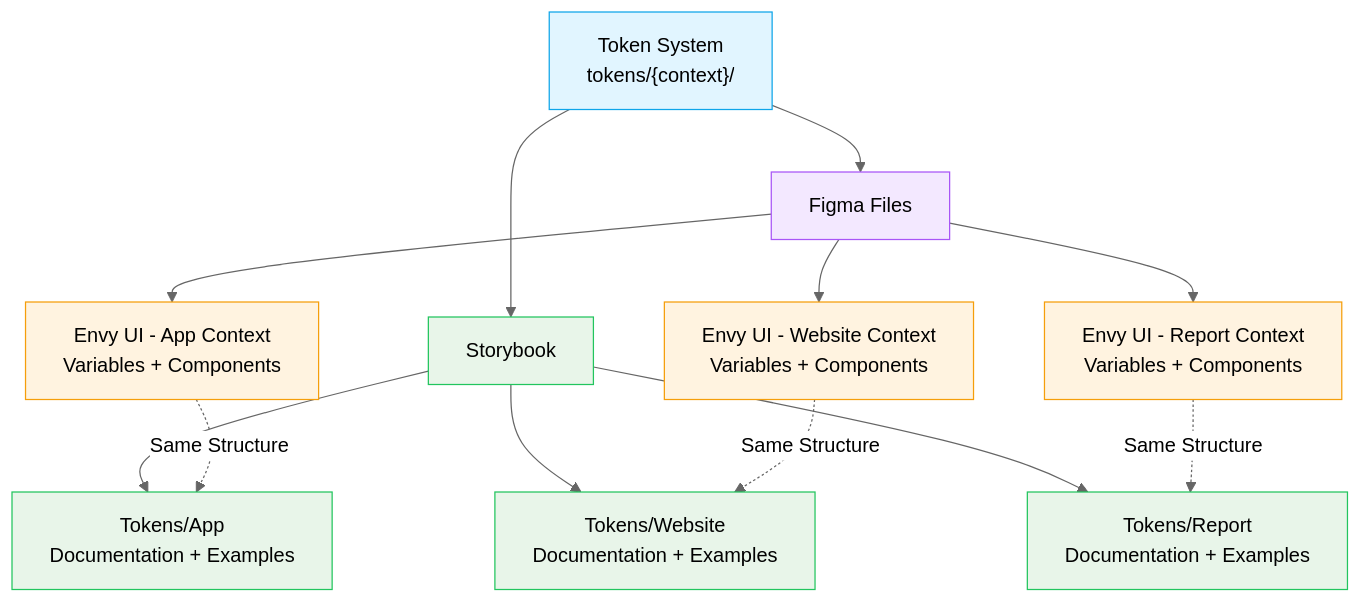
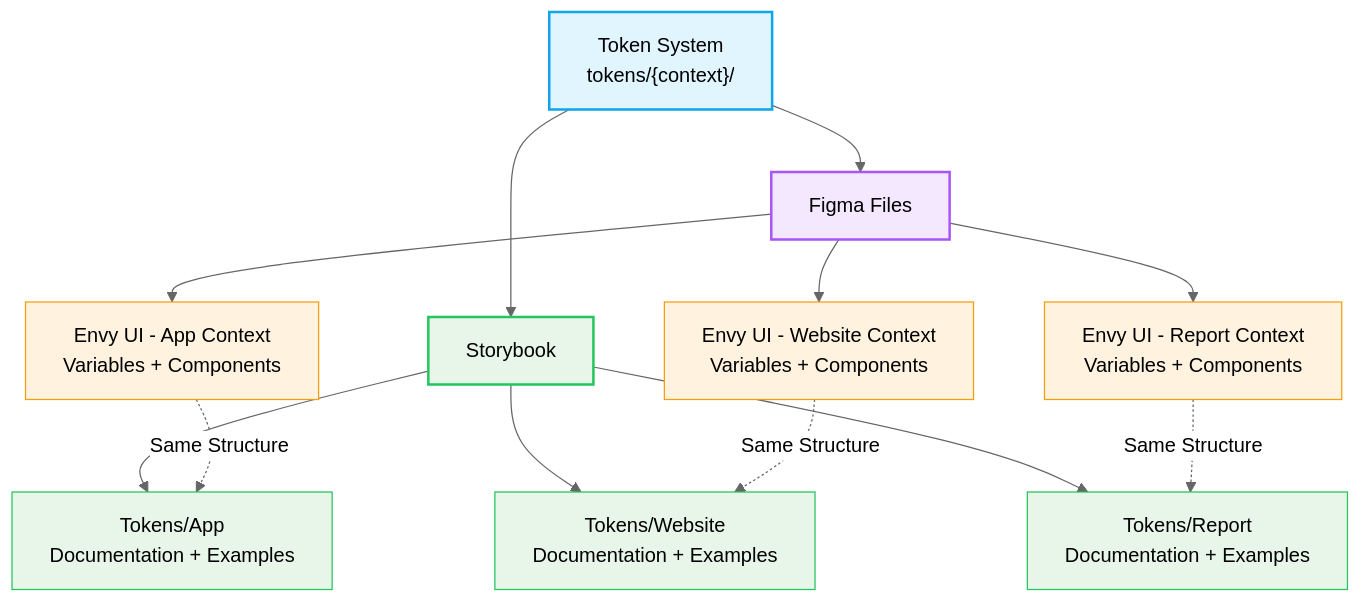
The diagram in docs/adr/ADR-0027-figma-files-structure-and-organization.md (drYauhen/envy-ui-v2), drawn with Mermaid (neutral theme) before and after one commit. The commit also changed 31 other files, not shown here.

````diff
--- a/docs/adr/ADR-0027-figma-files-structure-and-organization.md
+++ b/docs/adr/ADR-0027-figma-files-structure-and-organization.md
@@ -219,27 +219,27 @@
 ```mermaid
 graph TD
     A["Token System<br/>tokens/{context}/"] --> B["Figma Files"]
     A --> C["Storybook"]
     
     B --> B1["Envy UI - App Context<br/>Variables + Components"]
     B --> B2["Envy UI - Website Context<br/>Variables + Components"]
     B --> B3["Envy UI - Report Context<br/>Variables + Components"]
     
     C --> C1["Tokens/App<br/>Documentation + Examples"]
     C --> C2["Tokens/Website<br/>Documentation + Examples"]
     C --> C3["Tokens/Report<br/>Documentation + Examples"]
     
     B1 -.->|Same Structure| C1
     B2 -.->|Same Structure| C2
     B3 -.->|Same Structure| C3
     
-    style A fill:#e1f5ff,stroke:#0ea5e9,strokeWidth:2px
-    style B fill:#f3e8ff,stroke:#a855f7,strokeWidth:2px
-    style C fill:#e8f5e9,stroke:#22c55e,strokeWidth:2px
+    style A fill:#e1f5ff,stroke:#0ea5e9,stroke-width:2px
+    style B fill:#f3e8ff,stroke:#a855f7,stroke-width:2px
+    style C fill:#e8f5e9,stroke:#22c55e,stroke-width:2px
     style B1 fill:#fff3e0,stroke:#f59e0b
     style B2 fill:#fff3e0,stroke:#f59e0b
     style B3 fill:#fff3e0,stroke:#f59e0b
     style C1 fill:#e8f5e9,stroke:#22c55e
     style C2 fill:#e8f5e9,stroke:#22c55e
     style C3 fill:#e8f5e9,stroke:#22c55e
 ```
````
